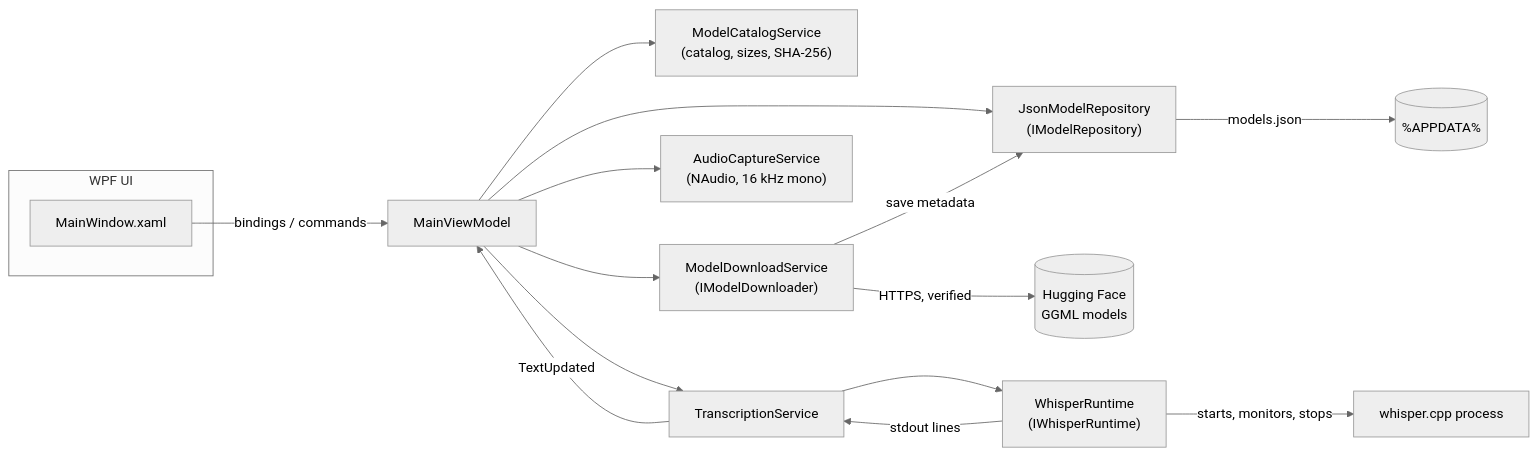
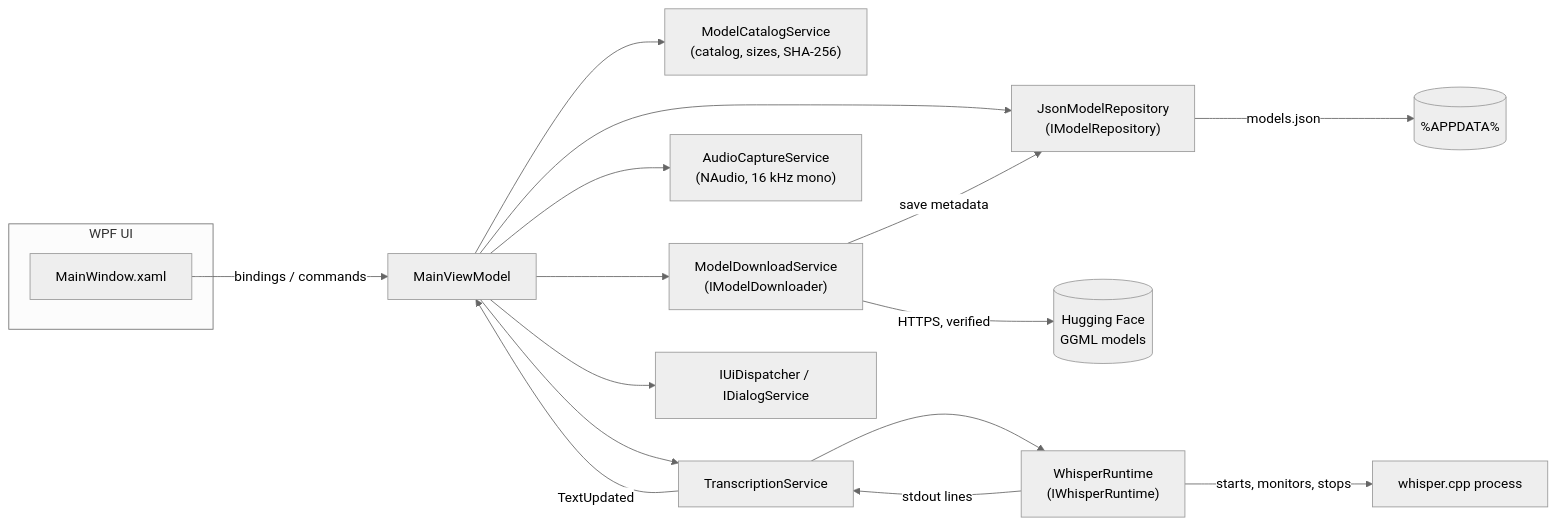
One commit to muhib-karim/VoiceDicatationCodex changed the diagram in README.md. Above: the diagram before and after it, drawn with Mermaid (neutral theme). The commit also changed other lines of this file and 17 other files, not shown here.

````diff
--- a/README.md
+++ b/README.md
@@ -107,21 +111,22 @@
 ```mermaid
 flowchart LR
     subgraph UI["WPF UI"]
         MW["MainWindow.xaml"]
     end
     MW -- bindings / commands --> VM["MainViewModel"]
 
     VM --> CAT["ModelCatalogService<br/>(catalog, sizes, SHA-256)"]
     VM --> DL["ModelDownloadService<br/>(IModelDownloader)"]
     VM --> REPO["JsonModelRepository<br/>(IModelRepository)"]
     VM --> AUD["AudioCaptureService<br/>(NAudio, 16 kHz mono)"]
     VM --> TS["TranscriptionService"]
+    VM --> UI2["IUiDispatcher / IDialogService"]
 
     DL -- HTTPS, verified --> HF[("Hugging Face<br/>GGML models")]
     DL -- save metadata --> REPO
     REPO -- models.json --> FS[("%APPDATA%")]
     TS --> RT["WhisperRuntime<br/>(IWhisperRuntime)"]
     RT -- stdout lines --> TS
     RT -- starts, monitors, stops --> EXE["whisper.cpp process"]
     TS -- TextUpdated --> VM
 ```
````
